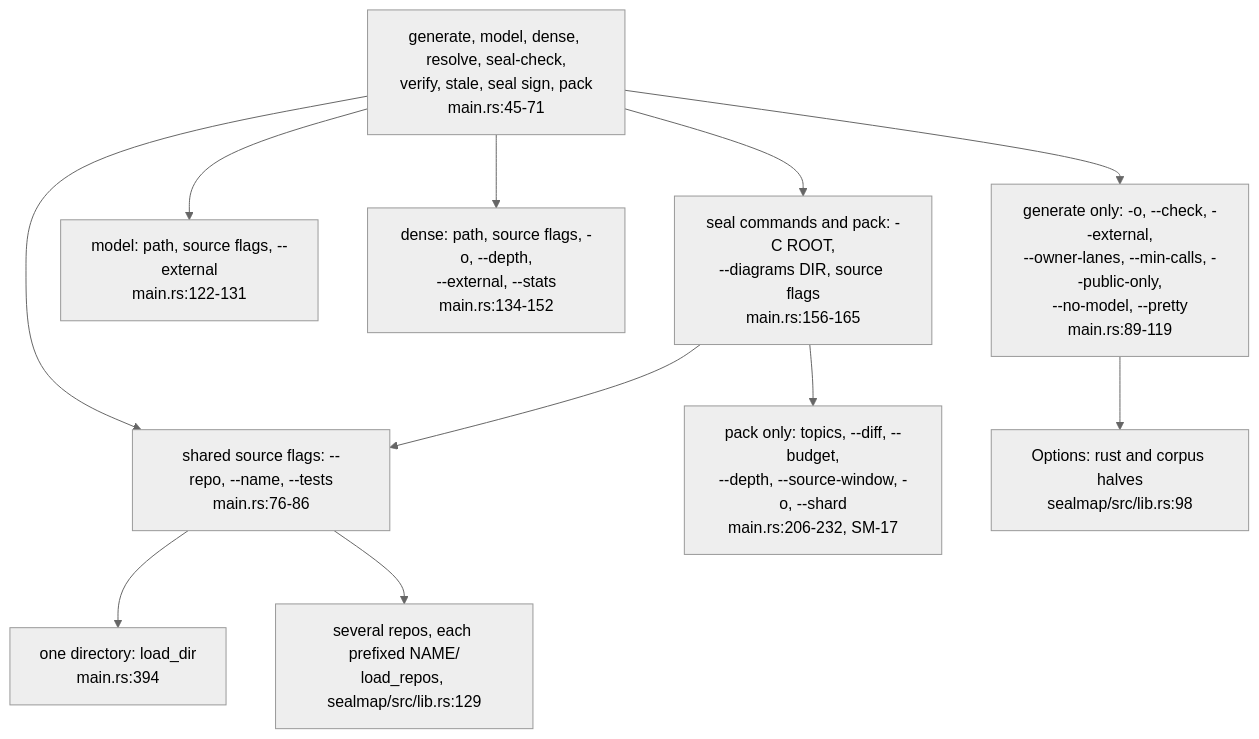
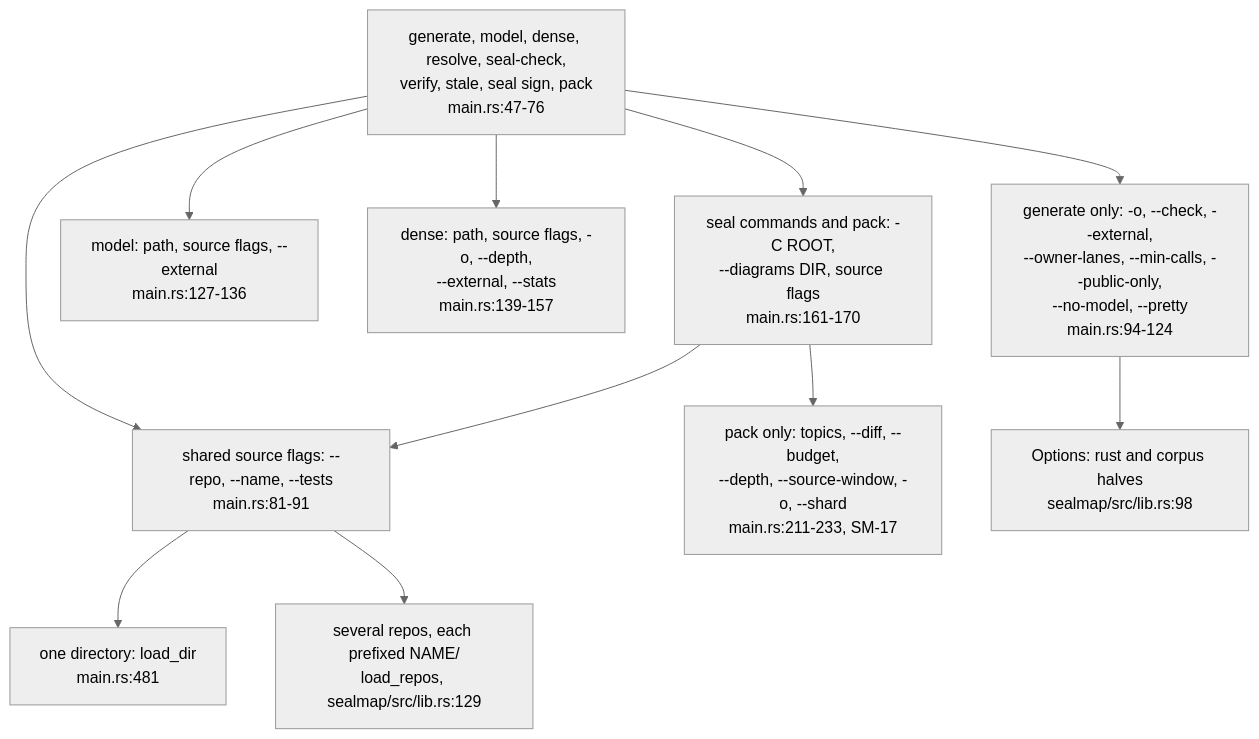
One commit to DreamLab-AI/VisionFlow changed the fifth of 5 diagrams in docs/diagrams/sealmap/14-generate-check-write-and-the-cli.md. Above: the diagram before and after it, drawn with Mermaid (neutral theme). The commit also changed other lines of this file and 59 other files, not shown here.

First line of the commit message:
docs(diagrams): re-derive and re-stamp forum, website, pod, ontomark and sealmap topics

````diff
--- a/docs/diagrams/sealmap/14-generate-check-write-and-the-cli.md
+++ b/docs/diagrams/sealmap/14-generate-check-write-and-the-cli.md
@@ -202,23 +202,23 @@
 ```mermaid
 flowchart TB
-    CMD["generate, model, dense, resolve, seal-check,<br/>verify, stale, seal sign, pack<br/>main.rs:45-71"]
-    SRC["shared source flags: --repo, --name, --tests<br/>main.rs:76-86"]
-    GEN["generate only: -o, --check, --external,<br/>--owner-lanes, --min-calls, --public-only,<br/>--no-model, --pretty<br/>main.rs:89-119"]
-    MOD["model: path, source flags, --external<br/>main.rs:122-131"]
-    DNS["dense: path, source flags, -o, --depth,<br/>--external, --stats<br/>main.rs:134-152"]
-    SITE["seal commands and pack: -C ROOT,<br/>--diagrams DIR, source flags<br/>main.rs:156-165"]
-    PCK["pack only: topics, --diff, --budget,<br/>--depth, --source-window, -o, --shard<br/>main.rs:206-232, SM-17"]
+    CMD["generate, model, dense, resolve, seal-check,<br/>verify, stale, seal sign, pack<br/>main.rs:47-76"]
+    SRC["shared source flags: --repo, --name, --tests<br/>main.rs:81-91"]
+    GEN["generate only: -o, --check, --external,<br/>--owner-lanes, --min-calls, --public-only,<br/>--no-model, --pretty<br/>main.rs:94-124"]
+    MOD["model: path, source flags, --external<br/>main.rs:127-136"]
+    DNS["dense: path, source flags, -o, --depth,<br/>--external, --stats<br/>main.rs:139-157"]
+    SITE["seal commands and pack: -C ROOT,<br/>--diagrams DIR, source flags<br/>main.rs:161-170"]
+    PCK["pack only: topics, --diff, --budget,<br/>--depth, --source-window, -o, --shard<br/>main.rs:211-233, SM-17"]
     OP["Options: rust and corpus halves<br/>sealmap/src/lib.rs:98"]
-    ONE["one directory: load_dir<br/>main.rs:394"]
+    ONE["one directory: load_dir<br/>main.rs:481"]
     MANY["several repos, each prefixed NAME/<br/>load_repos, sealmap/src/lib.rs:129"]
     CMD --> SRC
     CMD --> GEN
     CMD --> MOD
     CMD --> DNS
     CMD --> SITE
     SITE --> PCK
     SITE --> SRC
     GEN --> OP
     SRC --> ONE
     SRC --> MANY
 ```
````
